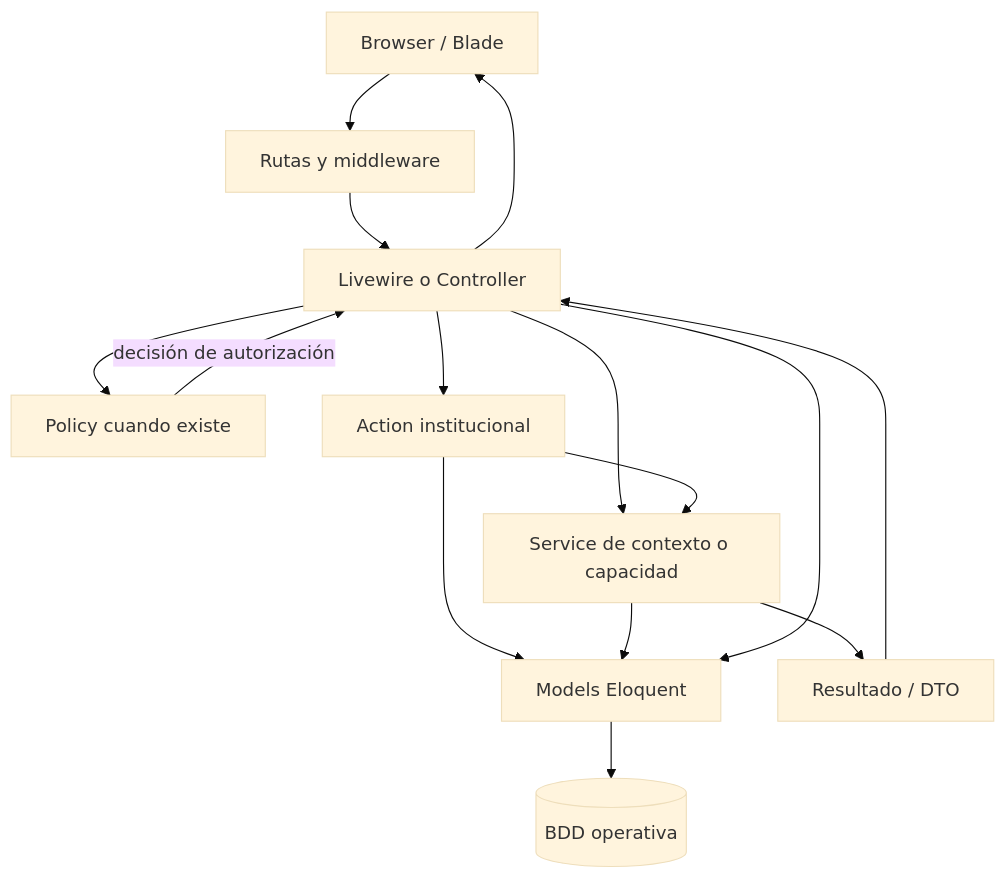
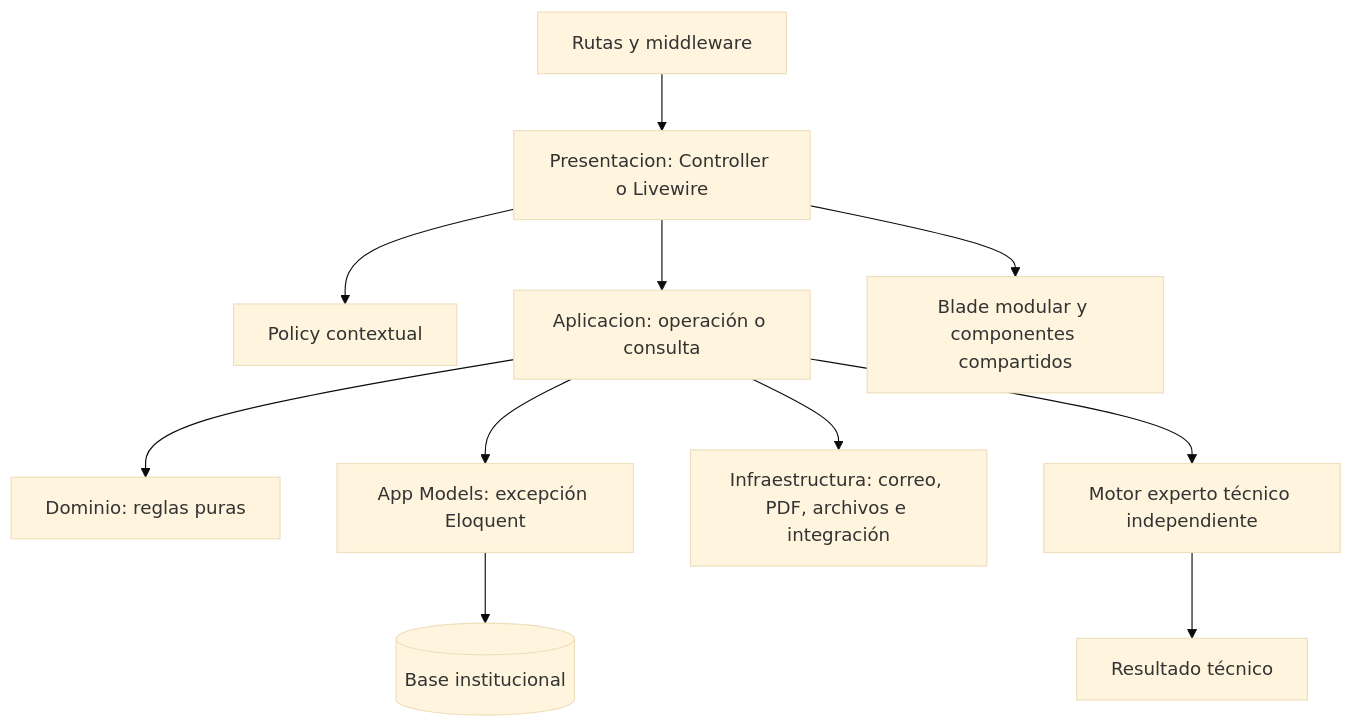
Before and after one commit to VarlaCdev20/RememberMind: the diagram in docs/arquitectura/ARQUITECTURA_VIGENTE.md, drawn with Mermaid (base theme). The commit also changed other lines of this file and 126 other files, not shown here.

````diff
--- a/docs/arquitectura/ARQUITECTURA_VIGENTE.md
+++ b/docs/arquitectura/ARQUITECTURA_VIGENTE.md
@@ -46,17 +40,13 @@
 ```mermaid
 flowchart TD
- Browser[Browser / Blade] --> Routes[Rutas y middleware]
- Routes --> UI[Livewire o Controller]
- UI --> Policy[Policy cuando existe]
- UI --> Action[Action institucional]
- UI --> Service[Service de contexto o capacidad]
- Policy -->|decisión de autorización| UI
- Action --> Service
- Action --> Models[Models Eloquent]
- Service --> Models
- UI --> Models
- Models --> DB[(BDD operativa)]
- Service --> DTO[Resultado / DTO]
- DTO --> UI
- UI --> Browser
+    HTTP[Rutas y middleware] --> UI[Presentacion: Controller o Livewire]
+    UI --> Policy[Policy contextual]
+    UI --> UseCase[Aplicacion: operación o consulta]
+    UseCase --> Rules[Dominio: reglas puras]
+    UseCase --> Models[App Models: excepción Eloquent]
+    UseCase --> Infra[Infraestructura: correo, PDF, archivos e integración]
+    Models --> DB[(Base institucional)]
+    UI --> Views[Blade modular y componentes compartidos]
+    Expert[Motor experto técnico independiente] --> Result[Resultado técnico]
+    UseCase --> Expert
 ```
````
